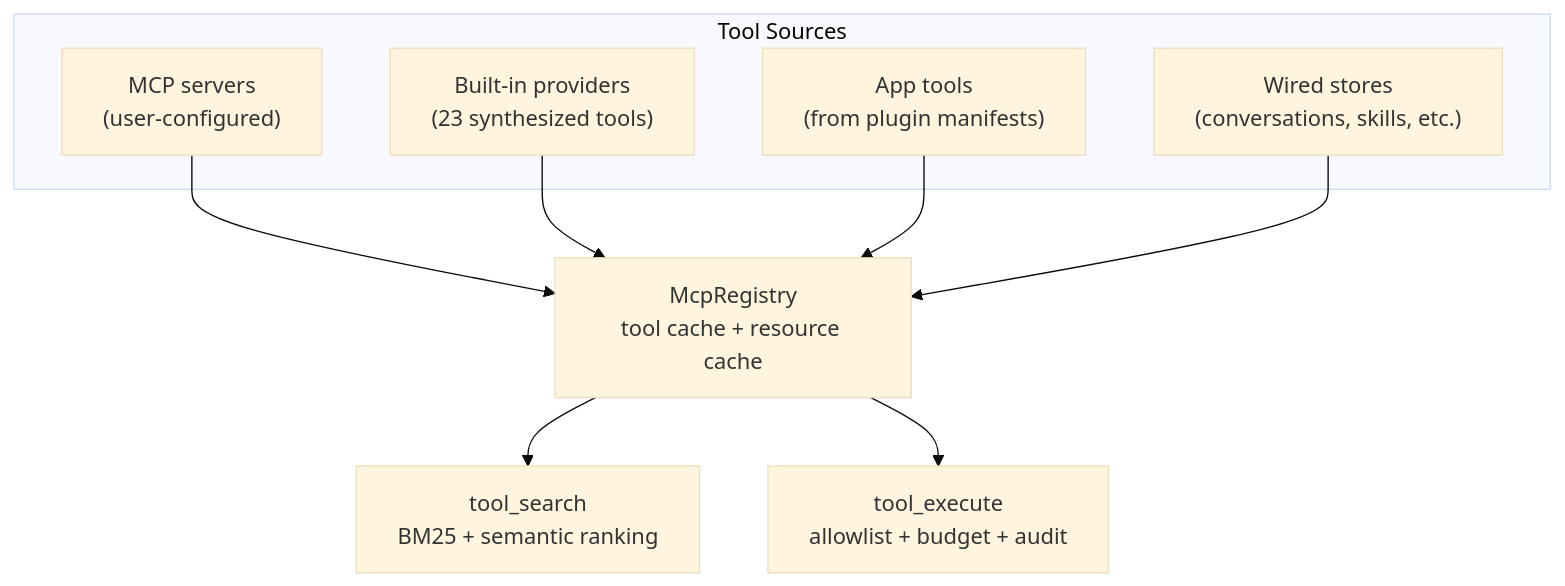
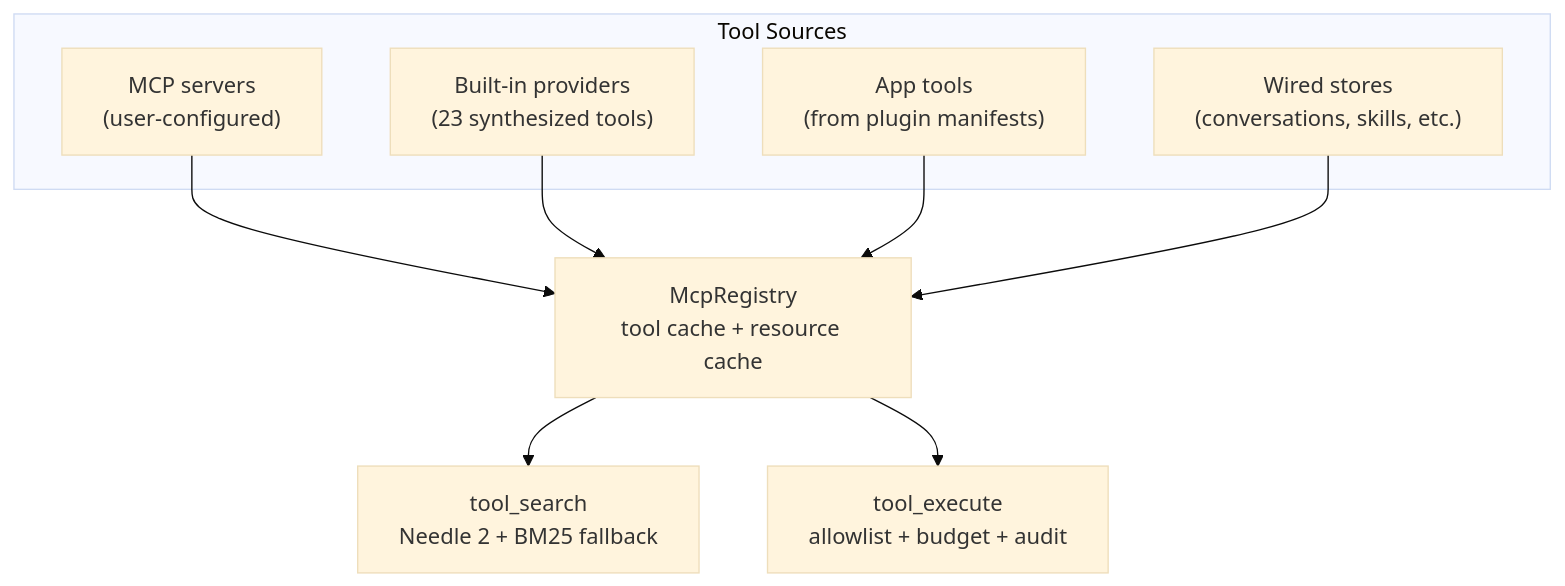
The second of 3 diagrams in content/docs/extend/integrate/mcp-integration.mdx (amajorai/ryu-docs), drawn with Mermaid (base theme) before and after one commit. The commit also changed 41 other files, not shown here.

````diff
--- a/content/docs/extend/integrate/mcp-integration.mdx
+++ b/content/docs/extend/integrate/mcp-integration.mdx
@@ -85,20 +85,20 @@
 ```mermaid
 flowchart TD
   subgraph Sources["Tool Sources"]
     MCP["MCP servers<br/>(user-configured)"]
     BUILTIN["Built-in providers<br/>(23 synthesized tools)"]
     APP["App tools<br/>(from plugin manifests)"]
     WIRED["Wired stores<br/>(conversations, skills, etc.)"]
   end
 
   REG["McpRegistry<br/>tool cache + resource cache"]
-  SEARCH["tool_search<br/>BM25 + semantic ranking"]
+  SEARCH["tool_search<br/>Needle 2 + BM25 fallback"]
   EXEC["tool_execute<br/>allowlist + budget + audit"]
 
   MCP --> REG
   BUILTIN --> REG
   APP --> REG
   WIRED --> REG
   REG --> SEARCH
   REG --> EXEC
 ```
````
